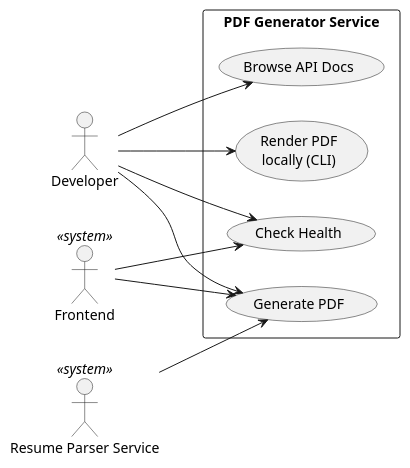
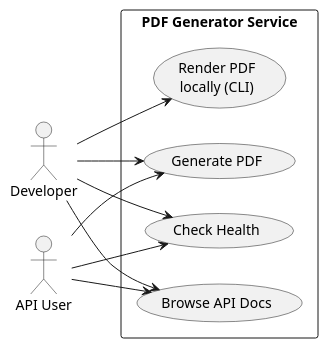
Before and after one commit to GetJobAI/pdf-generator: the diagram in docs/diagrams/usecase.puml, drawn with PlantUML. The commit also changed 3 other files, not shown here.

Commit message:
improve diagrams

```diff
--- a/docs/diagrams/usecase.puml
+++ b/docs/diagrams/usecase.puml
@@ -1,26 +1,25 @@
 @startuml usecase
 left to right direction
 skinparam actorStyle stick
 skinparam packageStyle rectangle
 skinparam shadowing false
 actor "Developer" as Dev
-actor "Frontend" <<system>> as Frontend
-actor "Resume Parser Service" <<system>> as Parser
+actor "API User" as User
 
 rectangle "PDF Generator Service" {
     usecase "Generate PDF" as UC_Generate
     usecase "Check Health" as UC_Health
     usecase "Browse API Docs" as UC_Docs
     usecase "Render PDF\nlocally (CLI)" as UC_CLI
 }
 
-Dev -> UC_Docs
-Dev -> UC_CLI
+Dev --> UC_Docs
+Dev --> UC_CLI
 Dev --> UC_Generate
 Dev --> UC_Health
 
-Frontend --> UC_Generate
-Frontend --> UC_Health
+User --> UC_Generate
+User --> UC_Health
+User --> UC_Docs
 
-Parser --> UC_Generate
 @enduml
```
